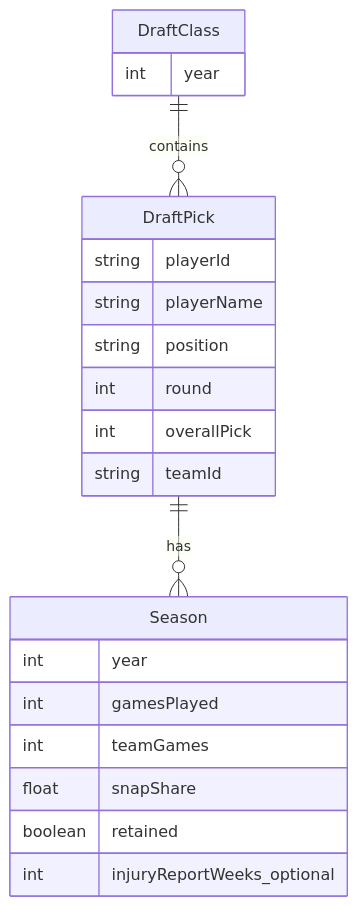
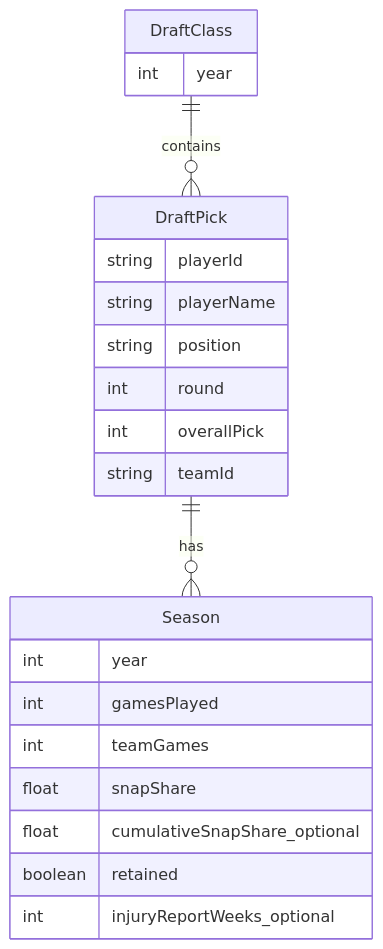
Before and after one commit to ttu/nfl-draft-success: the diagram in docs/datamodel.md, drawn with Mermaid. The commit also changed other lines of this file and 27 other files, not shown here.

First line of the commit message:
feat: season load (full-season snap share) with Avg vs Load in career table

````diff
--- a/docs/datamodel.md
+++ b/docs/datamodel.md
@@ -7,27 +7,28 @@
 ```mermaid
 erDiagram
     DraftClass ||--o{ DraftPick : contains
     DraftPick ||--o{ Season : has
 
     DraftClass {
         int year
     }
 
     DraftPick {
         string playerId
         string playerName
         string position
         int round
         int overallPick
         string teamId
     }
 
     Season {
         int year
         int gamesPlayed
         int teamGames
         float snapShare
+        float cumulativeSnapShare_optional
         boolean retained
         int injuryReportWeeks_optional
     }
 ```
````
